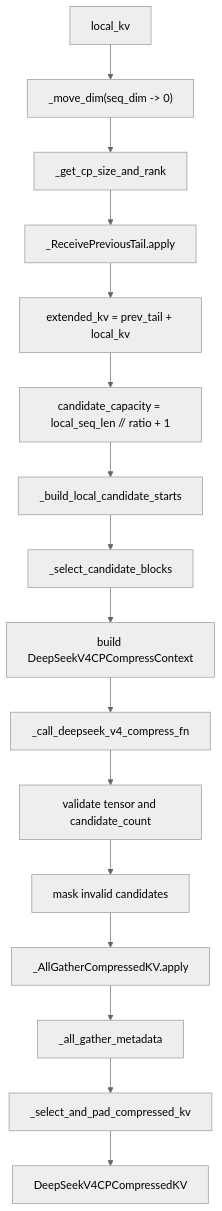
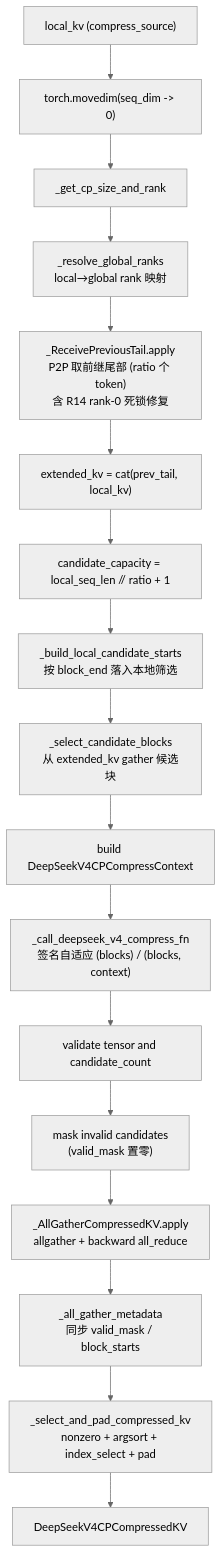
The fifth of 10 diagrams in features/context_parallel/chapter-03-mindspeed-deepseek-v4-context-parallel.md (ChemLez/Megatron-Note), drawn with Mermaid (neutral theme) before and after one commit. The commit also changed other lines of this file, not shown here.

````diff
--- a/features/context_parallel/chapter-03-mindspeed-deepseek-v4-context-parallel.md
+++ b/features/context_parallel/chapter-03-mindspeed-deepseek-v4-context-parallel.md
@@ -487,18 +497,19 @@
 ```mermaid
 flowchart TD
-    A["local_kv"] --> B["_move_dim(seq_dim -> 0)"]
+    A["local_kv (compress_source)"] --> B["torch.movedim(seq_dim -> 0)"]
     B --> C["_get_cp_size_and_rank"]
-    C --> D["_ReceivePreviousTail.apply"]
-    D --> E["extended_kv = prev_tail + local_kv"]
+    C --> C1["_resolve_global_ranks\nlocal→global rank 映射"]
+    C1 --> D["_ReceivePreviousTail.apply\nP2P 取前继尾部 (ratio 个 token)\n含 R14 rank-0 死锁修复"]
+    D --> E["extended_kv = cat(prev_tail, local_kv)"]
     E --> F["candidate_capacity = local_seq_len // ratio + 1"]
-    F --> G["_build_local_candidate_starts"]
-    G --> H["_select_candidate_blocks"]
+    F --> G["_build_local_candidate_starts\n按 block_end 落入本地筛选"]
+    G --> H["_select_candidate_blocks\n从 extended_kv gather 候选块"]
     H --> I["build DeepSeekV4CPCompressContext"]
-    I --> J["_call_deepseek_v4_compress_fn"]
+    I --> J["_call_deepseek_v4_compress_fn\n签名自适应 (blocks) / (blocks, context)"]
     J --> K["validate tensor and candidate_count"]
-    K --> L["mask invalid candidates"]
-    L --> M["_AllGatherCompressedKV.apply"]
-    M --> N["_all_gather_metadata"]
-    N --> O["_select_and_pad_compressed_kv"]
+    K --> L["mask invalid candidates\n(valid_mask 置零)"]
+    L --> M["_AllGatherCompressedKV.apply\nallgather + backward all_reduce"]
+    M --> N["_all_gather_metadata\n同步 valid_mask / block_starts"]
+    N --> O["_select_and_pad_compressed_kv\nnonzero + argsort + index_select + pad"]
     O --> P["DeepSeekV4CPCompressedKV"]
 ```
````
